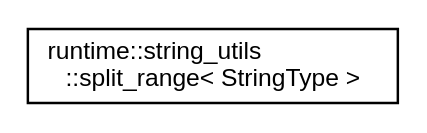
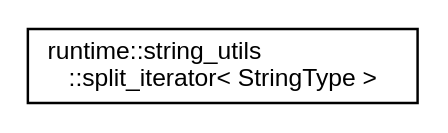
The diagram in docs/inherit_graph_2.dot (edgjj/cpp_vk_lib), drawn with Graphviz before and after one commit. The commit also changed 1374 other files, not shown here.

```diff
--- a/docs/inherit_graph_2.dot
+++ b/docs/inherit_graph_2.dot
@@ -1,8 +1,8 @@
 digraph "Graphical Class Hierarchy"
 {
  // LATEX_PDF_SIZE
   edge [fontname="Helvetica",fontsize="10",labelfontname="Helvetica",labelfontsize="10"];
   node [fontname="Helvetica",fontsize="10",shape=record];
   rankdir="LR";
-  Node0 [label="runtime::string_utils\l::split_range\< StringType \>",height=0.2,width=0.4,color="black", fillcolor="white", style="filled",URL="$classruntime_1_1string__utils_1_1split__range.html",tooltip=" "];
+  Node0 [label="runtime::string_utils\l::split_iterator\< StringType \>",height=0.2,width=0.4,color="black", fillcolor="white", style="filled",URL="$classruntime_1_1string__utils_1_1split__iterator.html",tooltip=" "];
 }
```
